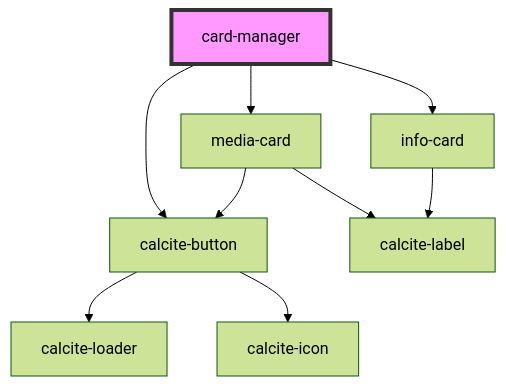
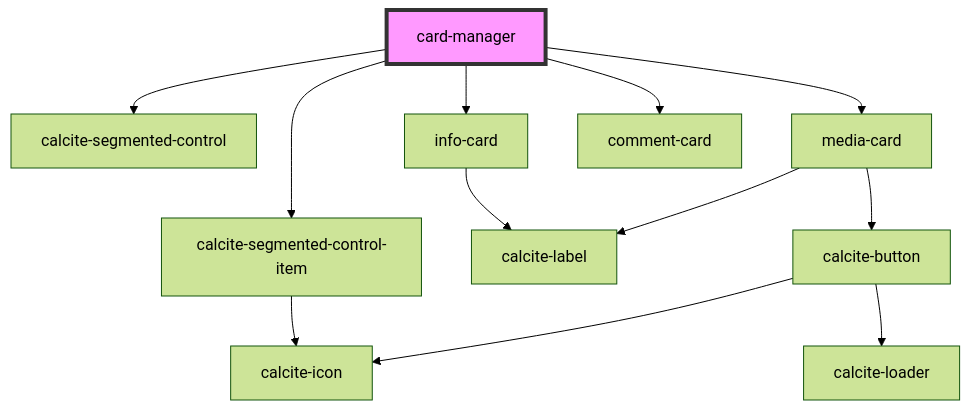
Before and after one commit to Esri/solutions-components: the diagram in src/components/card-manager/readme.md, drawn with Mermaid (forest theme). The commit also changed other lines of this file and 10 other files, not shown here.

Commit message:
card-manager

````diff
--- a/src/components/card-manager/readme.md
+++ b/src/components/card-manager/readme.md
@@ -17,12 +28,15 @@
 ```mermaid
 graph TD;
-  card-manager --> calcite-button
+  card-manager --> calcite-segmented-control
+  card-manager --> calcite-segmented-control-item
+  card-manager --> info-card
   card-manager --> media-card
-  card-manager --> info-card
+  card-manager --> comment-card
+  calcite-segmented-control-item --> calcite-icon
+  info-card --> calcite-label
+  media-card --> calcite-label
+  media-card --> calcite-button
   calcite-button --> calcite-loader
   calcite-button --> calcite-icon
-  media-card --> calcite-label
-  media-card --> calcite-button
-  info-card --> calcite-label
   style card-manager fill:#f9f,stroke:#333,stroke-width:4px
 ```
````
